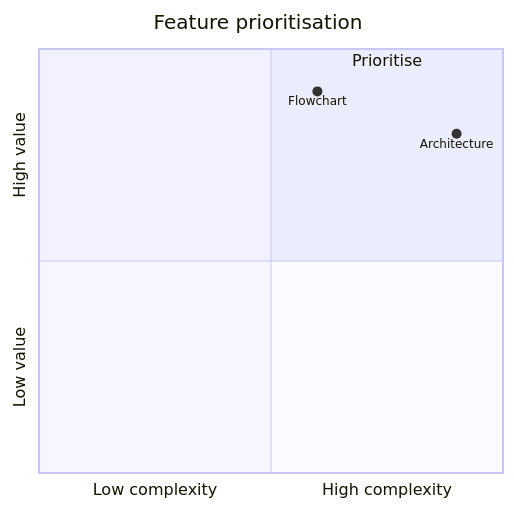
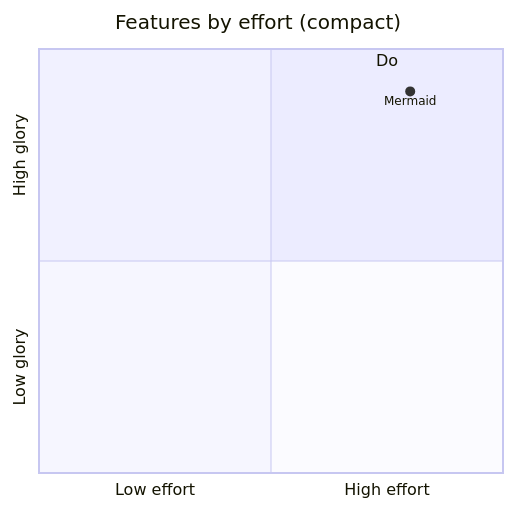
One commit to nullean/mermaider changed diagram 15 of 26 in tests/Mermaider.Tests/Fixtures/mermaid.md. Above: the diagram before and after it, drawn with Mermaid. The commit also changed other lines of this file, not shown here.

Commit message:
Reword mermaid.md fixture prose for Mermaider; keep all diagram content intact

````diff
--- a/tests/Mermaider.Tests/Fixtures/mermaid.md
+++ b/tests/Mermaider.Tests/Fixtures/mermaid.md
@@ -219,8 +212,7 @@
 ```mermaid
-quadrantChart title Feature prioritisation
-    x-axis Low complexity --> High complexity
-    y-axis Low value --> High value
-    quadrant-1 Prioritise
-    Flowchart: [0.6, 0.9]
-    Architecture: [0.9, 0.8]
+quadrantChart title Features by effort (compact)
+    x-axis Low effort --> High effort
+    y-axis Low glory --> High glory
+    quadrant-1 Do
+    Mermaid: [0.8, 0.9]
 ```
````
